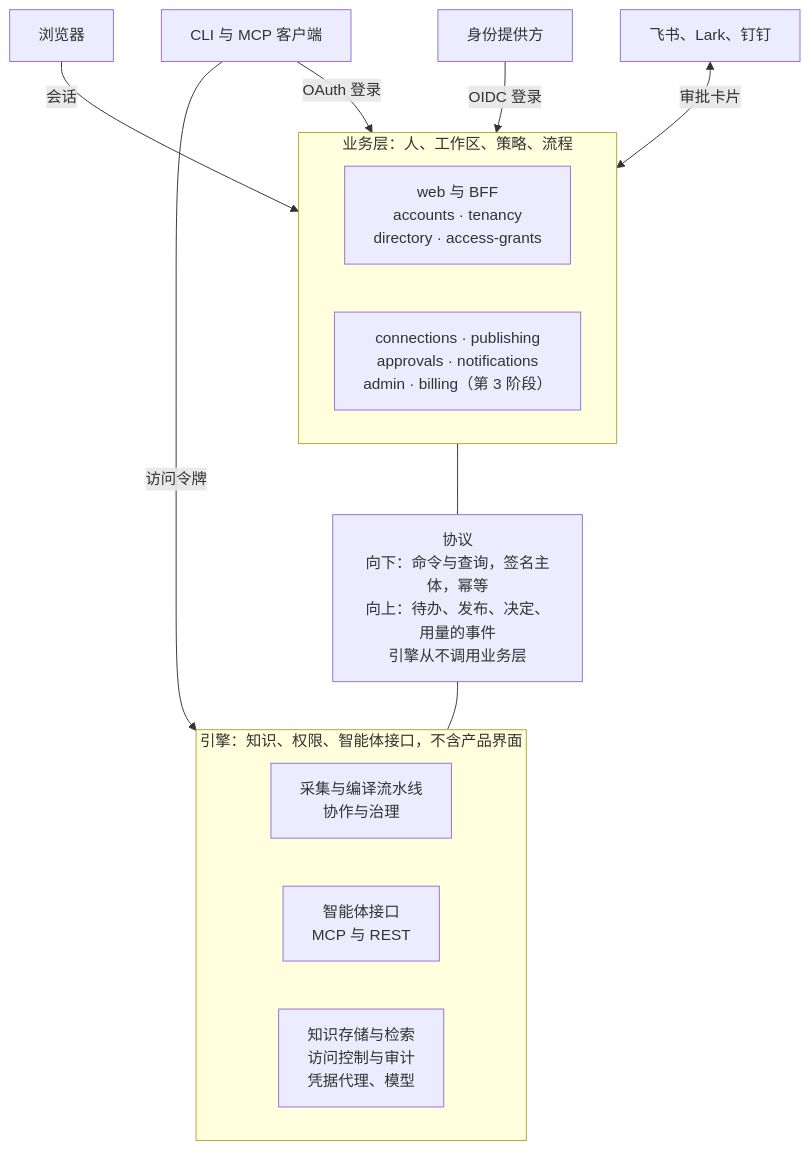
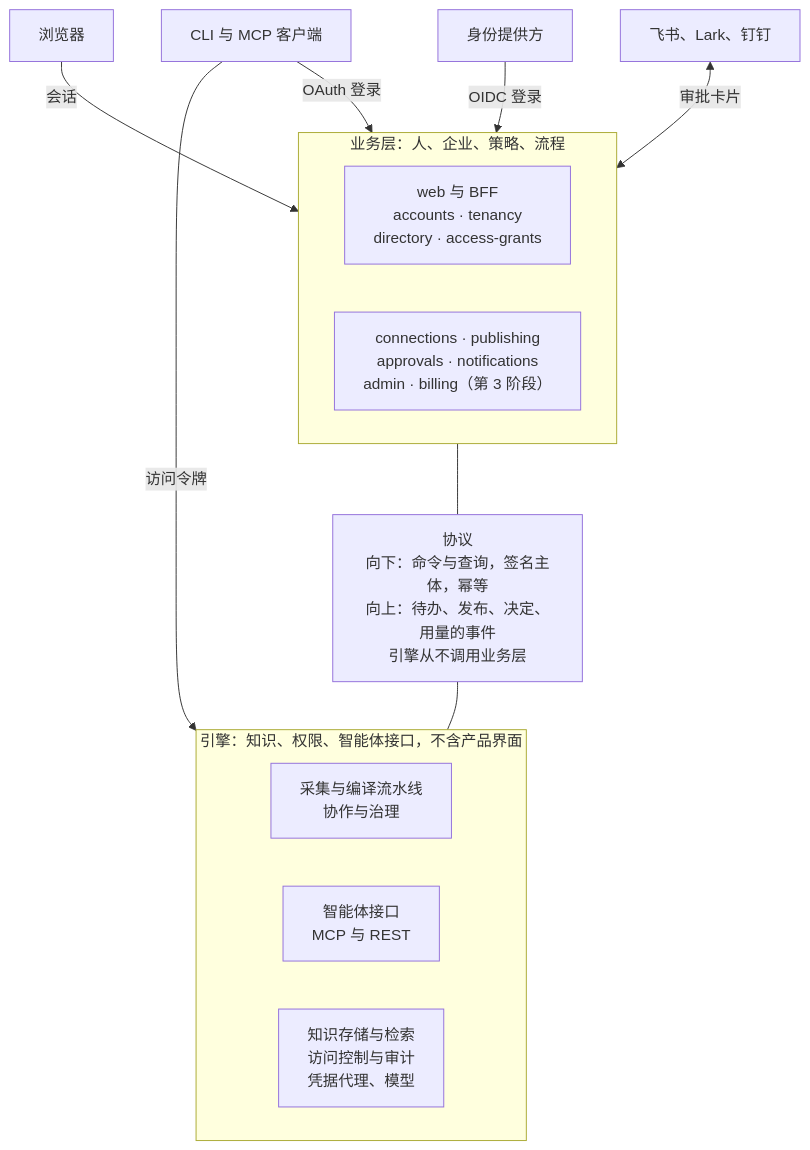
The second of 2 diagrams in docs/zh/design/business-layer.md (AngelMsger/Inspiration), drawn with Mermaid before and after one commit. The commit also changed other lines of this file and 7 other files, not shown here.

````diff
--- a/docs/zh/design/business-layer.md
+++ b/docs/zh/design/business-layer.md
@@ -259,25 +259,25 @@
 ```mermaid
 flowchart TB
   browser[浏览器]
   idp[身份提供方]
   agents[CLI 与 MCP 客户端]
   im["飞书、Lark、钉钉"]
-  subgraph business["业务层：人、工作区、策略、流程"]
+  subgraph business["业务层：人、企业、策略、流程"]
     direction LR
     identity["web 与 BFF<br/>accounts · tenancy<br/>directory · access-grants"]
     workflow["connections · publishing<br/>approvals · notifications<br/>admin · billing（第 3 阶段）"]
   end
   protocol["协议<br/>向下：命令与查询，签名主体，幂等<br/>向上：待办、发布、决定、用量的事件<br/>引擎从不调用业务层"]
   subgraph engine["引擎：知识、权限、智能体接口，不含产品界面"]
     direction LR
     pipeline["采集与编译流水线<br/>协作与治理"]
     agentapi["智能体接口<br/>MCP 与 REST"]
     platform["知识存储与检索<br/>访问控制与审计<br/>凭据代理、模型"]
   end
   browser -- 会话 --> identity
   idp -- OIDC 登录 --> identity
   agents -- OAuth 登录 --> identity
   im <-- 审批卡片 --> workflow
   business --- protocol --- engine
   agents -- 访问令牌 --> agentapi
 ```
````
